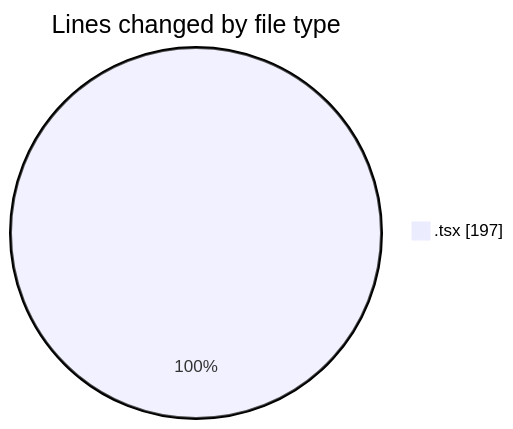
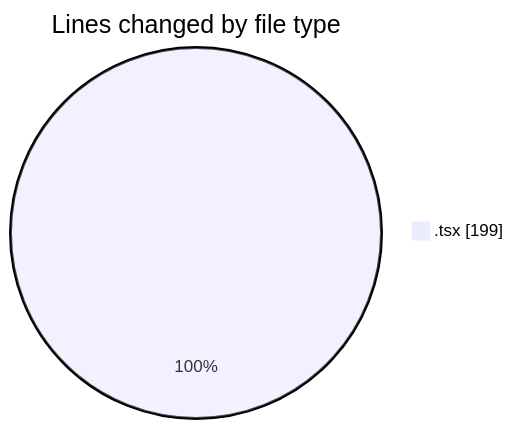
The first of 2 diagrams in 2025-01-20/activity-tracker/README.md (momahboobian/code-tracking), drawn with Mermaid before and after one commit. The commit also changed other lines of this file and 1 other file, not shown here.

````diff
--- a/2025-01-20/activity-tracker/README.md
+++ b/2025-01-20/activity-tracker/README.md
@@ -21,5 +21,5 @@
 ```mermaid
 pie showData
 title Lines changed by file type
-".tsx" : 197
+".tsx" : 199
 ```
````
